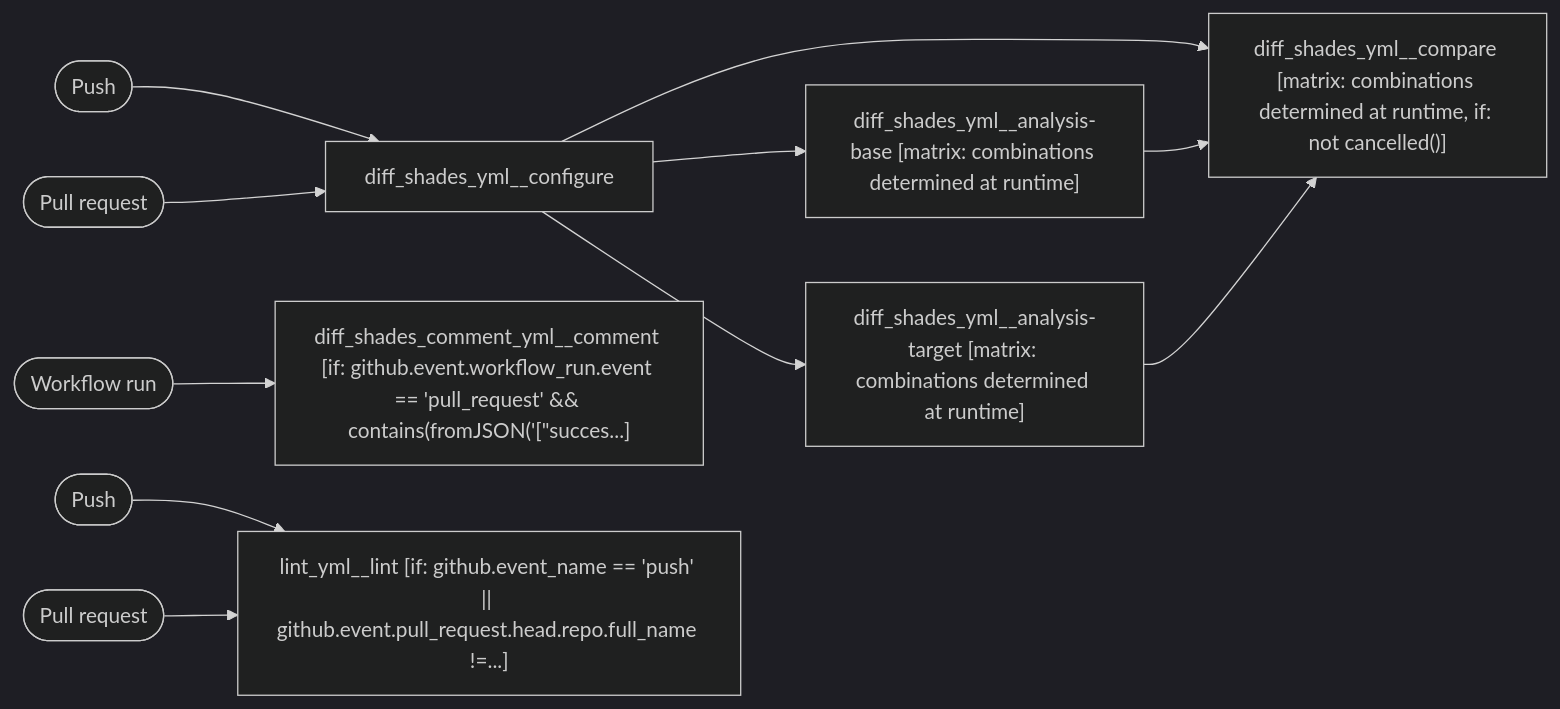
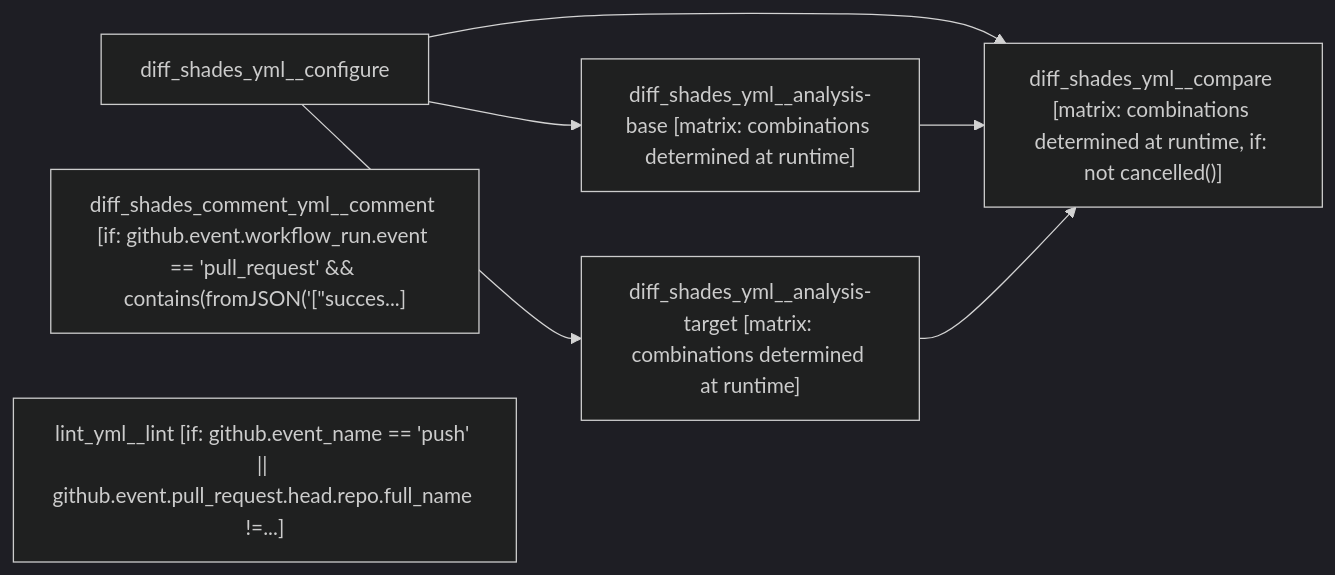
Before and after one commit to bhagatshivam/what-is-my-pipeline-doing: the first of 2 diagrams in tests/golden/multi/black.md, drawn with Mermaid (dark theme). The commit also changed other lines of this file and 27 other files, not shown here.

````diff
--- a/tests/golden/multi/black.md
+++ b/tests/golden/multi/black.md
@@ -69,24 +80,14 @@
 ```mermaid
 flowchart LR
-    trigger_0(["Push"])
-    trigger_1(["Pull request"])
-    trigger_2(["Workflow run"])
-    trigger_3(["Push"])
-    trigger_4(["Pull request"])
     diff_shades_yml__configure["diff_shades_yml__configure"]
     diff_shades_yml__analysis-base["diff_shades_yml__analysis-base [matrix: combinations determined at runtime]"]
     diff_shades_yml__analysis-target["diff_shades_yml__analysis-target [matrix: combinations determined at runtime]"]
     diff_shades_yml__compare["diff_shades_yml__compare [matrix: combinations determined at runtime, if: not cancelled()]"]
     diff_shades_comment_yml__comment["diff_shades_comment_yml__comment [if: github.event.workflow_run.event == 'pull_request' && contains(fromJSON('[#quot;succes...]"]
     lint_yml__lint["lint_yml__lint [if: github.event_name == 'push' || github.event.pull_request.head.repo.full_name !=...]"]
-    trigger_0 --> diff_shades_yml__configure
-    trigger_1 --> diff_shades_yml__configure
-    trigger_2 --> diff_shades_comment_yml__comment
-    trigger_3 --> lint_yml__lint
-    trigger_4 --> lint_yml__lint
     diff_shades_yml__configure --> diff_shades_yml__analysis-base
     diff_shades_yml__configure --> diff_shades_yml__analysis-target
     diff_shades_yml__configure --> diff_shades_yml__compare
     diff_shades_yml__analysis-base --> diff_shades_yml__compare
     diff_shades_yml__analysis-target --> diff_shades_yml__compare
 ```
````
